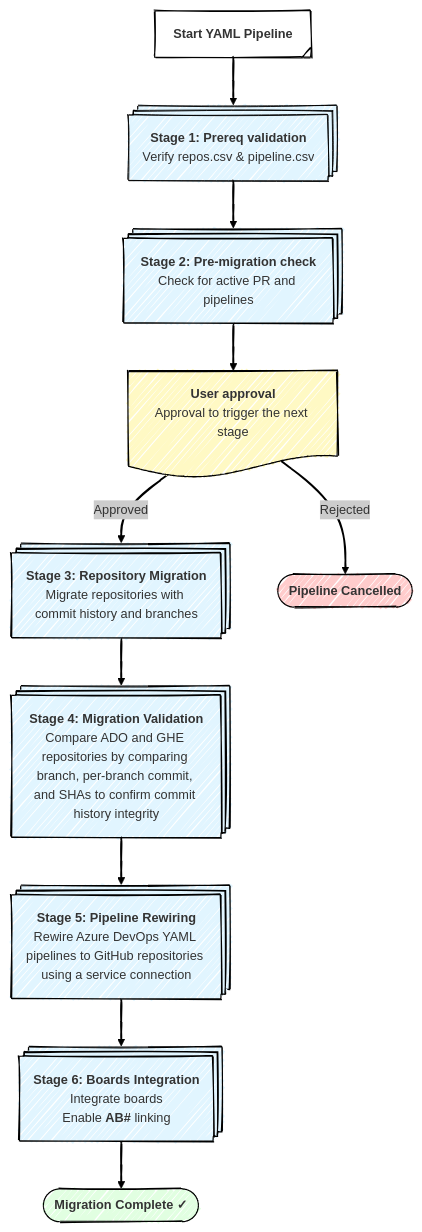
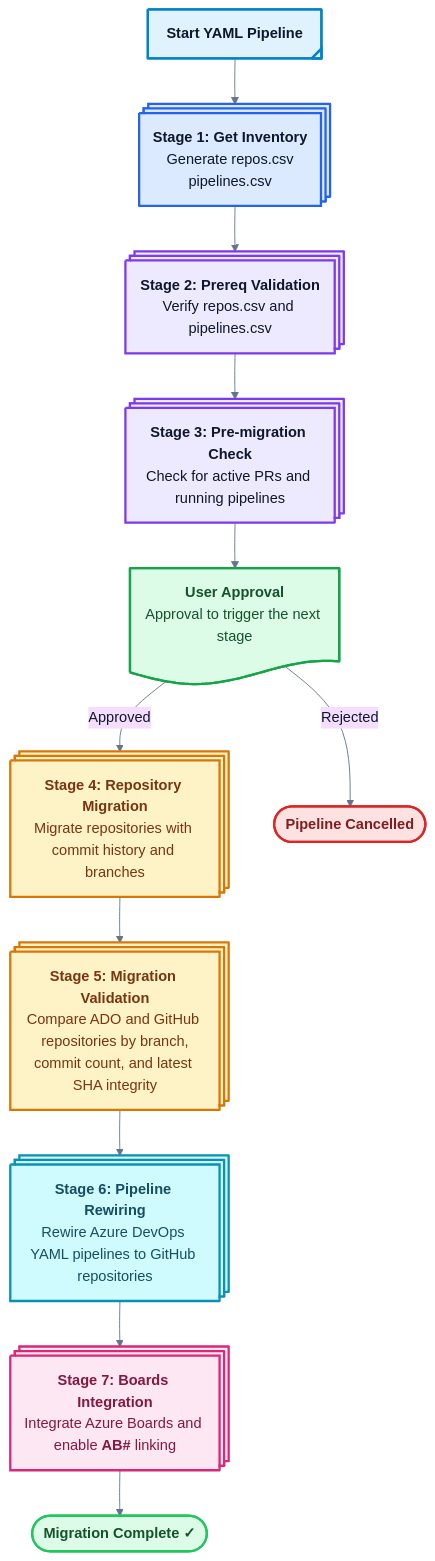
The diagram in README.md (pinakighatak/ado2gh-ado-pipeline), drawn with Mermaid before and after one commit. The commit also changed other lines of this file, not shown here.

````diff
--- a/README.md
+++ b/README.md
@@ -56,37 +56,60 @@
 ```mermaid
 ---
 config:
-  theme: neo
+  theme: base
   layout: dagre
-  look: handDrawn
+  themeVariables:
+    primaryTextColor: "#0F172A"
+    secondaryTextColor: "#1E293B"
+    tertiaryTextColor: "#334155"
+    lineColor: "#64748B"
+    primaryBorderColor: "#94A3B8"
+    clusterBkg: "#F8FAFC"
+    clusterBorder: "#CBD5E1"
+    fontFamily: "Segoe UI, Arial, sans-serif"
+
 ---
 flowchart TB
-    Start["<b>Start YAML Pipeline</b>"] --> Stage1["<b>Stage 1: Prereq validation</b><br>Verify repos.csv & pipeline.csv"]
-    Stage1 --> Stage2["<b>Stage 2: Pre-migration check</b><br>Check for active PR and pipelines"]
-    Stage2 --> Gate1["<b>User approval</b><br>Approval to trigger the next stage"]
-    Gate1 -- Approved --> Stage3["<b>Stage 3: Repository Migration</b><br>Migrate repositories with commit history and branches"]
-    Gate1 -- Rejected --> End1["<b>Pipeline Cancelled</b>"]
-    Stage3 --> Stage4["<b>Stage 4: Migration Validation</b><br>Compare ADO and GHE repositories by comparing branch, per-branch commit, and SHAs to confirm commit history integrity"]
-    Stage4 --> Stage5["<b>Stage 5: Pipeline Rewiring</b><br>Rewire Azure DevOps YAML pipelines to GitHub repositories using a service connection"]
-    Stage5 --> Stage6["<b>Stage 6: Boards Integration</b><br>Integrate boards<br>Enable <b>AB#</b> linking"]
-    Stage6 --> Success(["<b>Migration Complete ✓</b>"])
+   Start["<b>Start YAML Pipeline</b>"] --> Stage1["<b>Stage 1: Get Inventory</b></br>Generate repos.csv<br/>pipelines.csv"]
+   Stage1 --> Stage2["<b>Stage 2: Prereq Validation</b><br>Verify repos.csv and pipelines.csv"]
+   Stage2 --> Stage3["<b>Stage 3: Pre-migration Check</b><br>Check for active PRs and running pipelines"]
+   Stage3 --> Gate1["<b>User Approval</b><br>Approval to trigger the next stage"]
+   Gate1 -- Approved --> Stage4["<b>Stage 4: Repository Migration</b><br>Migrate repositories with commit history and branches"]
+   Gate1 -- Rejected --> End1["<b>Pipeline Cancelled</b>"]
+   Stage4 --> Stage5["<b>Stage 5: Migration Validation</b><br>Compare ADO and GitHub repositories by branch,<br>commit count, and latest SHA integrity"]
+   Stage5 --> Stage6["<b>Stage 6: Pipeline Rewiring</b><br>Rewire Azure DevOps YAML pipelines to GitHub repositories"]
+   Stage6 --> Stage7["<b>Stage 7: Boards Integration</b><br>Integrate Azure Boards and enable <b>AB#</b> linking"]
+   Stage7 --> Success(["<b>Migration Complete ✓</b>"])
     
-    Start@{ shape: tag-proc}
-    Stage1@{ shape: procs}
-    Stage2@{ shape: procs}
-    Gate1@{ shape: doc}
-    Stage3@{ shape: procs}
-    End1@{ shape: terminal}
-    Stage4@{ shape: procs}
-    Stage5@{ shape: procs}
-    Stage6@{ shape: procs}
-    style Stage1 fill:#e1f5ff,stroke-width:1px,stroke-dasharray: 0
-    style Stage2 fill:#e1f5ff
-    style Gate1 fill:#FFF9C4
-    style Stage3 fill:#e1f5ff
-    style End1 fill:#ffcccc
-    style Stage4 fill:#e1f5ff
-    style Stage5 fill:#e1f5ff
-    style Stage6 fill:#e1f5ff
-    style Success fill:#e1ffe1
+   Start@{ shape: tag-proc}
+   Stage1@{ shape: procs}
+   Stage2@{ shape: procs}
+   Stage3@{ shape: procs}
+   Gate1@{ shape: doc}
+   End1@{ shape: terminal}
+   Stage4@{ shape: procs}
+   Stage5@{ shape: procs}
+   Stage6@{ shape: procs}
+   Stage7@{ shape: procs}
+
+   classDef kickoff fill:#E0F2FE,stroke:#0284C7,color:#0F172A,stroke-width:2.5px;
+   classDef inventory fill:#DBEAFE,stroke:#2563EB,color:#0F172A,stroke-width:2.5px;
+   classDef validation fill:#EDE9FE,stroke:#7C3AED,color:#0F172A,stroke-width:2.5px;
+   classDef gate fill:#DCFCE7,stroke:#16A34A,color:#14532D,stroke-width:2.5px;
+   classDef migration fill:#FEF3C7,stroke:#D97706,color:#78350F,stroke-width:2.5px;
+   classDef rewire fill:#CFFAFE,stroke:#0891B2,color:#164E63,stroke-width:2.5px;
+   classDef boards fill:#FCE7F3,stroke:#DB2777,color:#831843,stroke-width:2.5px;
+   classDef success fill:#DCFCE7,stroke:#22C55E,color:#14532D,stroke-width:2.5px;
+   classDef cancelled fill:#FEE2E2,stroke:#DC2626,color:#7F1D1D,stroke-width:2.5px;
+
+   class Start kickoff;
+   class Stage1 inventory;
+   class Stage2,Stage3 validation;
+   class Gate1 gate;
+   class Stage4,Stage5 migration;
+   class Stage6 rewire;
+   class Stage7 boards;
+   class Success success;
+   class End1 cancelled;
+
 ```
````
